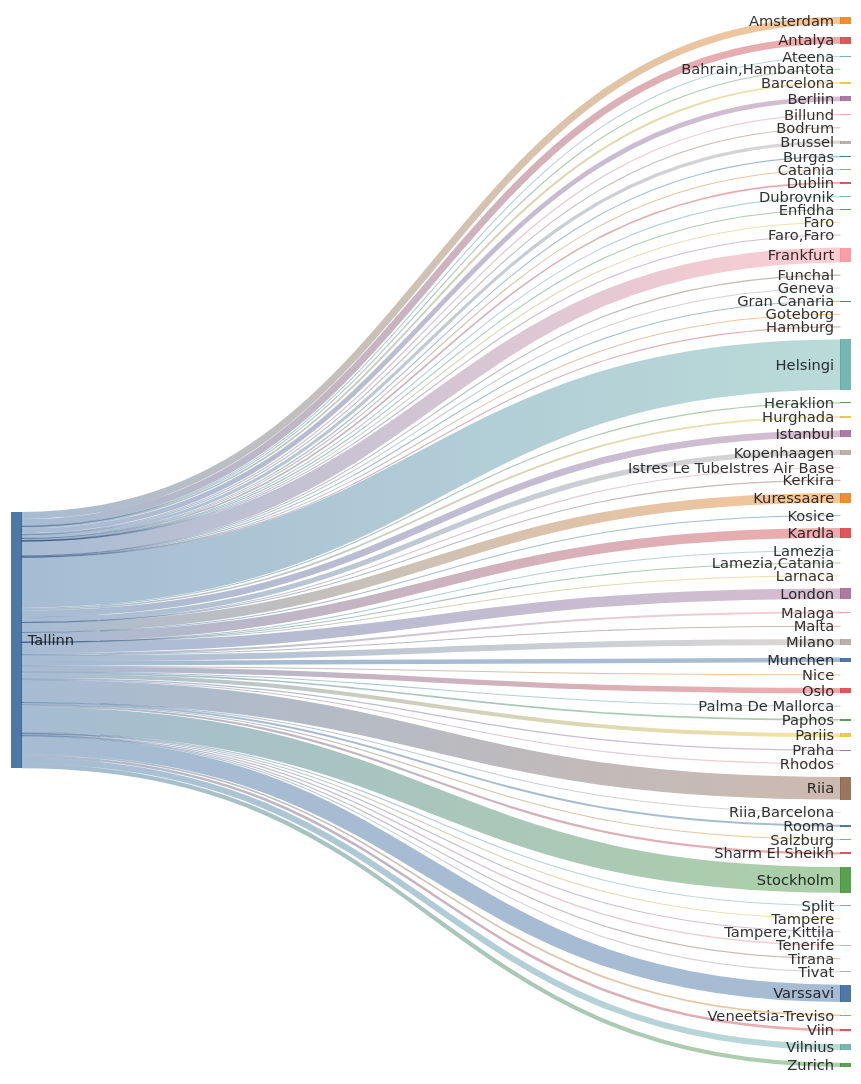
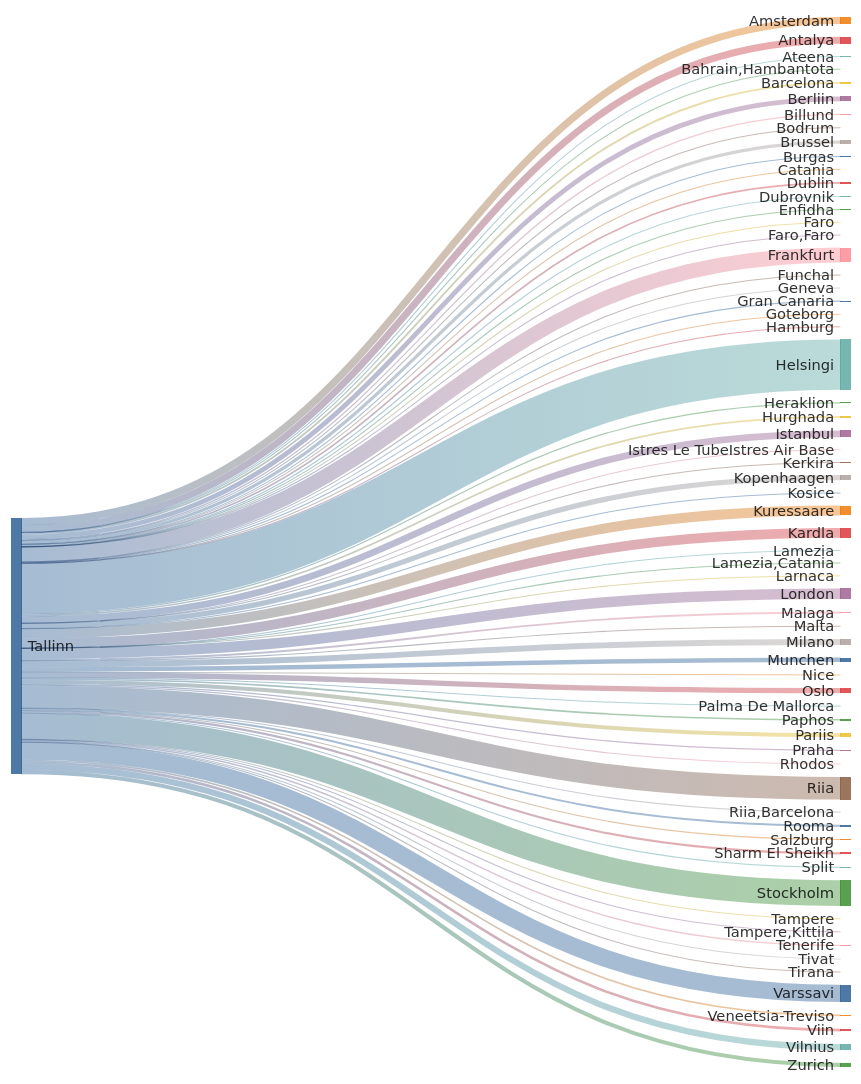
One commit to rainermesi/tll-airport-departures changed the second of 2 diagrams in README.md. Above: the diagram before and after it, drawn with Mermaid. The commit also changed other lines of this file, not shown here.

````diff
--- a/README.md
+++ b/README.md
@@ -34,77 +34,77 @@
 ```mermaid
 ---
 config:
   sankey:
     showValues: false
     width: 800
     height: 1000
 ---
 sankey-beta
 %% source,target,value
-Tallinn,Amsterdam,288
+Tallinn,Amsterdam,289
 Tallinn,Antalya,281
 Tallinn,Ateena,16
 Tallinn,"Bahrain,Hambantota",1
-Tallinn,Barcelona,77
+Tallinn,Barcelona,78
 Tallinn,Berliin,193
 Tallinn,Billund,49
 Tallinn,Bodrum,11
-Tallinn,Brussel,129
+Tallinn,Brussel,130
 Tallinn,Burgas,21
 Tallinn,Catania,2
 Tallinn,Dublin,66
 Tallinn,Dubrovnik,21
 Tallinn,Enfidha,7
 Tallinn,Faro,4
 Tallinn,"Faro,Faro",1
-Tallinn,Frankfurt,598
+Tallinn,Frankfurt,600
 Tallinn,Funchal,5
 Tallinn,Geneva,12
-Tallinn,Gran Canaria,36
+Tallinn,Gran Canaria,37
 Tallinn,Goteborg,1
 Tallinn,Hamburg,2
-Tallinn,Helsingi,2017
+Tallinn,Helsingi,2026
 Tallinn,Heraklion,46
 Tallinn,Hurghada,71
-Tallinn,Istanbul,271
+Tallinn,Istanbul,272
 Tallinn,Istres Le TubeIstres Air Base,2
 Tallinn,Kerkira,4
-Tallinn,Kopenhaagen,211
+Tallinn,Kopenhaagen,212
 Tallinn,Kosice,1
-Tallinn,Kuressaare,393
-Tallinn,Kardla,393
+Tallinn,Kuressaare,395
+Tallinn,Kardla,395
 Tallinn,Lamezia,1
 Tallinn,"Lamezia,Catania",3
 Tallinn,Larnaca,4
-Tallinn,London,422
+Tallinn,London,424
 Tallinn,Malaga,78
 Tallinn,Malta,15
-Tallinn,Milano,240
-Tallinn,Munchen,181
+Tallinn,Milano,241
+Tallinn,Munchen,182
 Tallinn,Nice,25
-Tallinn,Oslo,214
+Tallinn,Oslo,215
 Tallinn,Palma De Mallorca,19
 Tallinn,Paphos,64
 Tallinn,Pariis,160
 Tallinn,Praha,49
 Tallinn,Rhodos,32
-Tallinn,Riia,908
+Tallinn,Riia,912
 Tallinn,"Riia,Barcelona",1
-Tallinn,Rooma,78
+Tallinn,Rooma,79
 Tallinn,Salzburg,13
-Tallinn,Sharm El Sheikh,88
+Tallinn,Sharm El Sheikh,89
 Tallinn,Split,25
-Tallinn,Stockholm,1029
+Tallinn,Stockholm,1034
 Tallinn,Tampere,17
 Tallinn,"Tampere,Kittila",20
-Tallinn,Tenerife,55
+Tallinn,Tenerife,56
 Tallinn,Tirana,8
 Tallinn,Tivat,26
-Tallinn,Varssavi,696
+Tallinn,Varssavi,699
 Tallinn,Veneetsia-Treviso,65
 Tallinn,Viin,103
-Tallinn,Vilnius,249
+Tallinn,Vilnius,250
 Tallinn,Zurich,166
 
 
 ```
````
